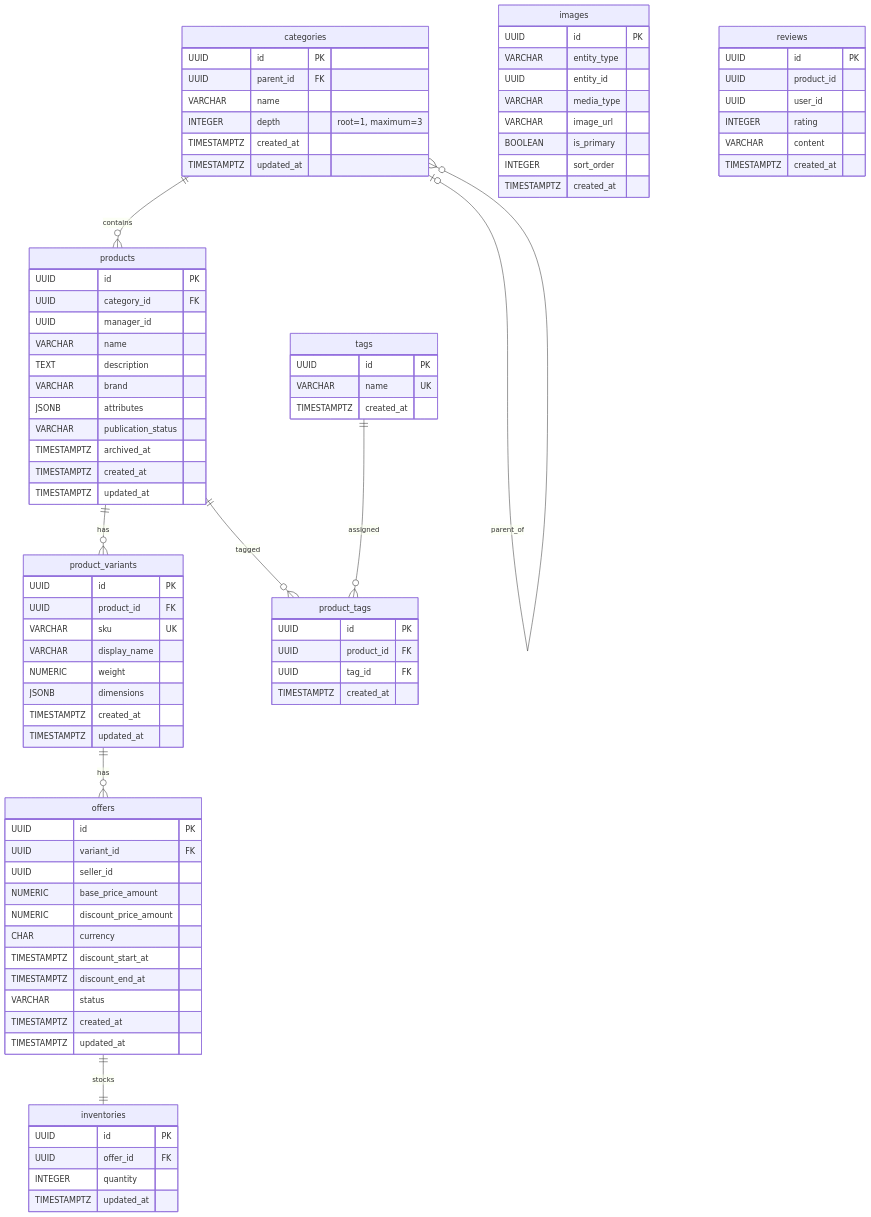
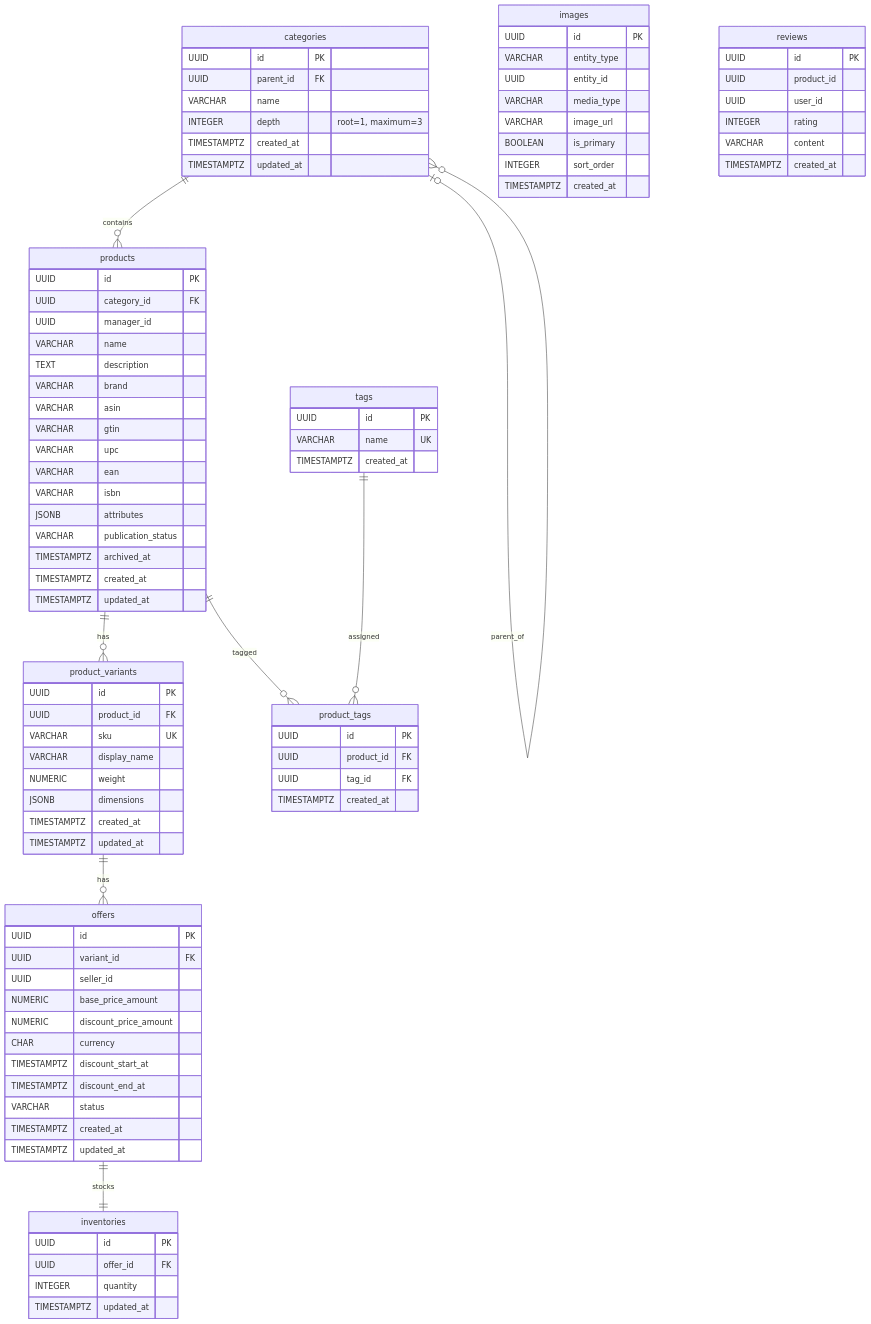
The second of 7 diagrams in README.md (metDaisy/e-commerce-clone-coding), drawn with Mermaid before and after one commit. The commit also changed 2 other files, not shown here.

Commit message:
docs: 상품 요구사항 및 스키마 문서 정합성 갱신

```diff
--- a/README.md
+++ b/README.md
@@ -118,6 +118,11 @@
         VARCHAR name
         TEXT description
         VARCHAR brand
+        VARCHAR asin
+        VARCHAR gtin
+        VARCHAR upc
+        VARCHAR ean
+        VARCHAR isbn
         JSONB attributes
         VARCHAR publication_status
         TIMESTAMPTZ archived_at
```
